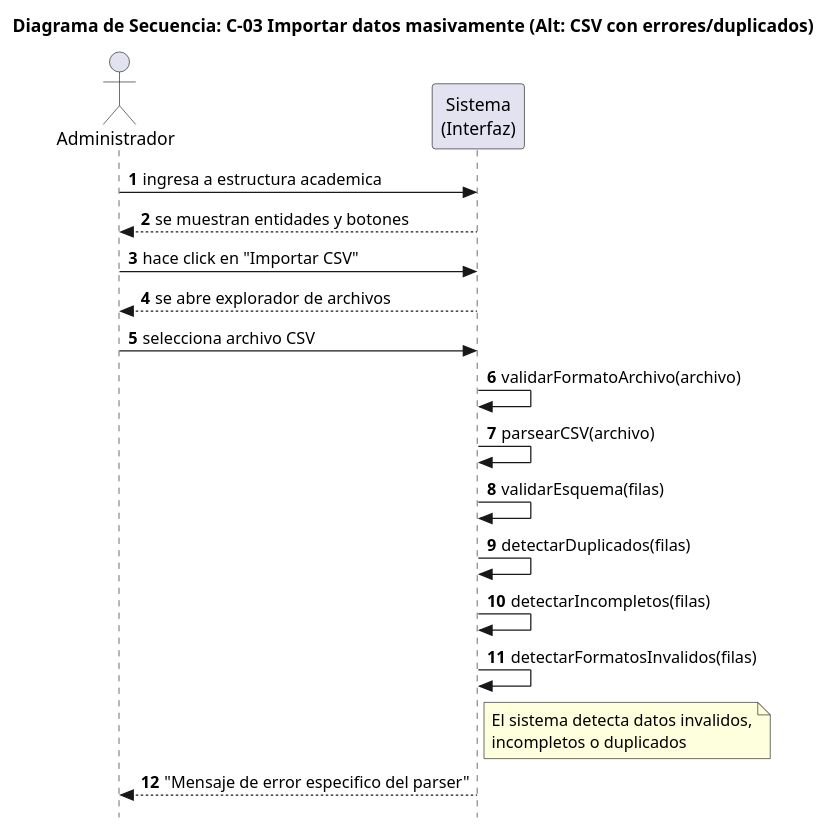
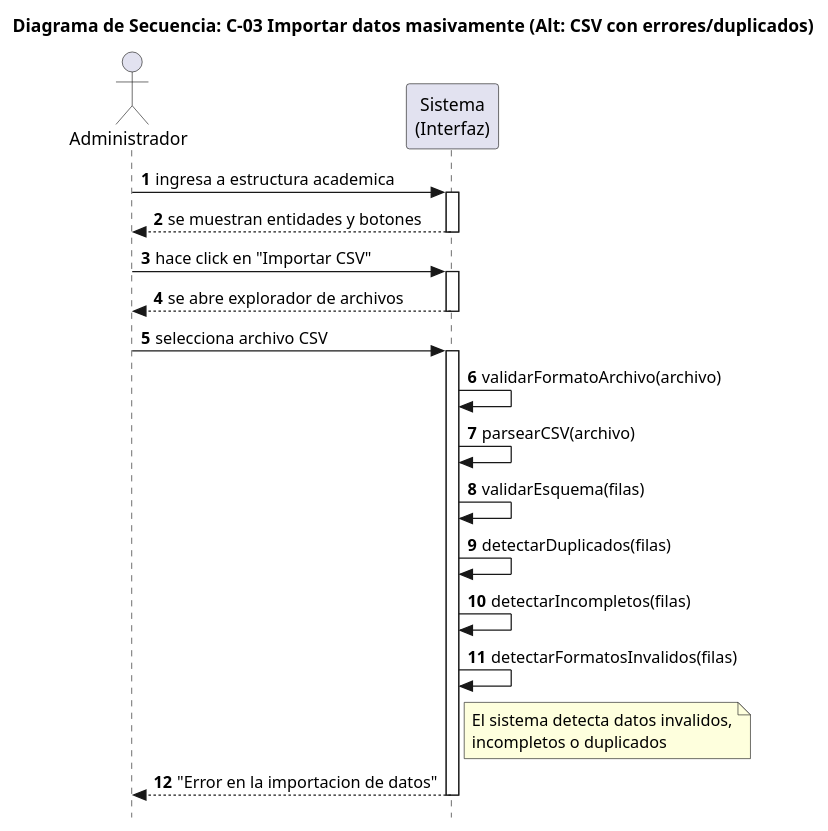
Before and after one commit to SantiagoScetti/sic-unne-admin: the diagram in docs/puml/C-03 Importar datos masivamente (CSV con errores_duplicados).puml, drawn with PlantUML. The commit also changed 5 other files, not shown here.

Commit message:
docs: refinamiento de PlantUML DS

```diff
--- a/docs/puml/C-03 Importar datos masivamente (CSV con errores_duplicados).puml
+++ b/docs/puml/C-03 Importar datos masivamente (CSV con errores_duplicados).puml
@@ -1,29 +1,43 @@
 @startuml
+
 title Diagrama de Secuencia: C-03 Importar datos masivamente (Alt: CSV con errores/duplicados)
+
 skinparam style strictuml
+skinparam ParticipantPadding 40
+skinparam BoxPadding 20
+
 autonumber
 
 actor Administrador
+
 participant "Sistema\n(Interfaz)" as Interfaz
 
 Administrador -> Interfaz: ingresa a estructura academica
+activate Interfaz
 Interfaz --> Administrador: se muestran entidades y botones
+deactivate Interfaz
 
 Administrador -> Interfaz: hace click en "Importar CSV"
+activate Interfaz
 Interfaz --> Administrador: se abre explorador de archivos
+deactivate Interfaz
 
 Administrador -> Interfaz: selecciona archivo CSV
+activate Interfaz
+
 Interfaz -> Interfaz: validarFormatoArchivo(archivo)
 Interfaz -> Interfaz: parsearCSV(archivo)
 Interfaz -> Interfaz: validarEsquema(filas)
 Interfaz -> Interfaz: detectarDuplicados(filas)
 Interfaz -> Interfaz: detectarIncompletos(filas)
 Interfaz -> Interfaz: detectarFormatosInvalidos(filas)
 
 note right of Interfaz
   El sistema detecta datos invalidos,
   incompletos o duplicados
 end note
 
-Interfaz --> Administrador: "Mensaje de error especifico del parser"
+Interfaz --> Administrador: "Error en la importacion de datos"
+deactivate Interfaz
+
 @enduml
```
